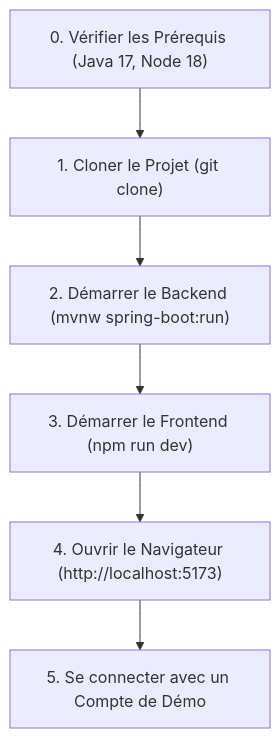
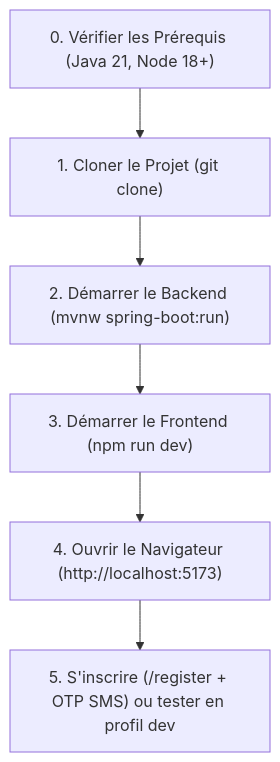
One commit to RiaTech221/revibe-flip changed the third of 3 diagrams in DOCUMENTATION_COMPLETE_REVIBE_FLIP.md. Above: the diagram before and after it, drawn with Mermaid. The commit also changed other lines of this file and 2 other files, not shown here.

Commit message:
docs: align README, full docs and test plan with production state (zero simulations, MySQL 8.0, PayTech, SMS OTP)

````diff
--- a/DOCUMENTATION_COMPLETE_REVIBE_FLIP.md
+++ b/DOCUMENTATION_COMPLETE_REVIBE_FLIP.md
@@ -304,11 +304,11 @@
 ```mermaid
 flowchart TD
-    Step0["0. Vérifier les Prérequis (Java 17, Node 18)"]
+    Step0["0. Vérifier les Prérequis (Java 21, Node 18+)"]
     Step1["1. Cloner le Projet (git clone)"]
     Step2["2. Démarrer le Backend (mvnw spring-boot:run)"]
     Step3["3. Démarrer le Frontend (npm run dev)"]
     Step4["4. Ouvrir le Navigateur (http://localhost:5173)"]
-    Step5["5. Se connecter avec un Compte de Démo"]
+    Step5["5. S'inscrire (/register + OTP SMS) ou tester en profil dev"]
 
     Step0 --> Step1 --> Step2 --> Step3 --> Step4 --> Step5
 ```
````
